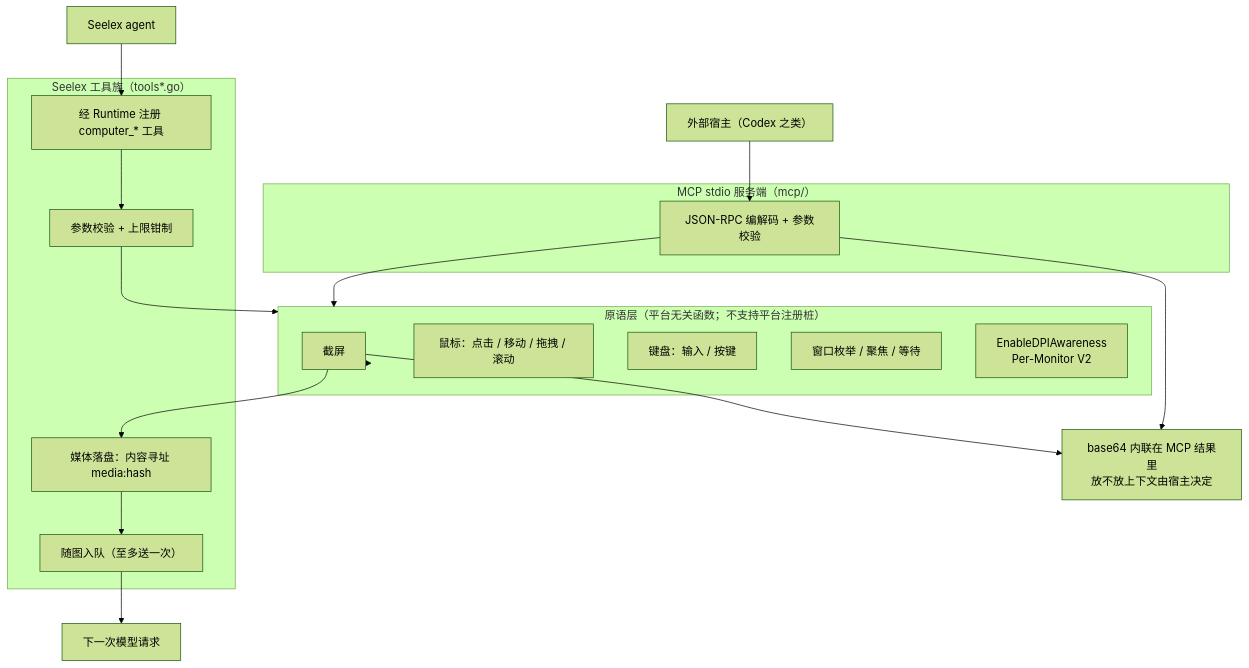
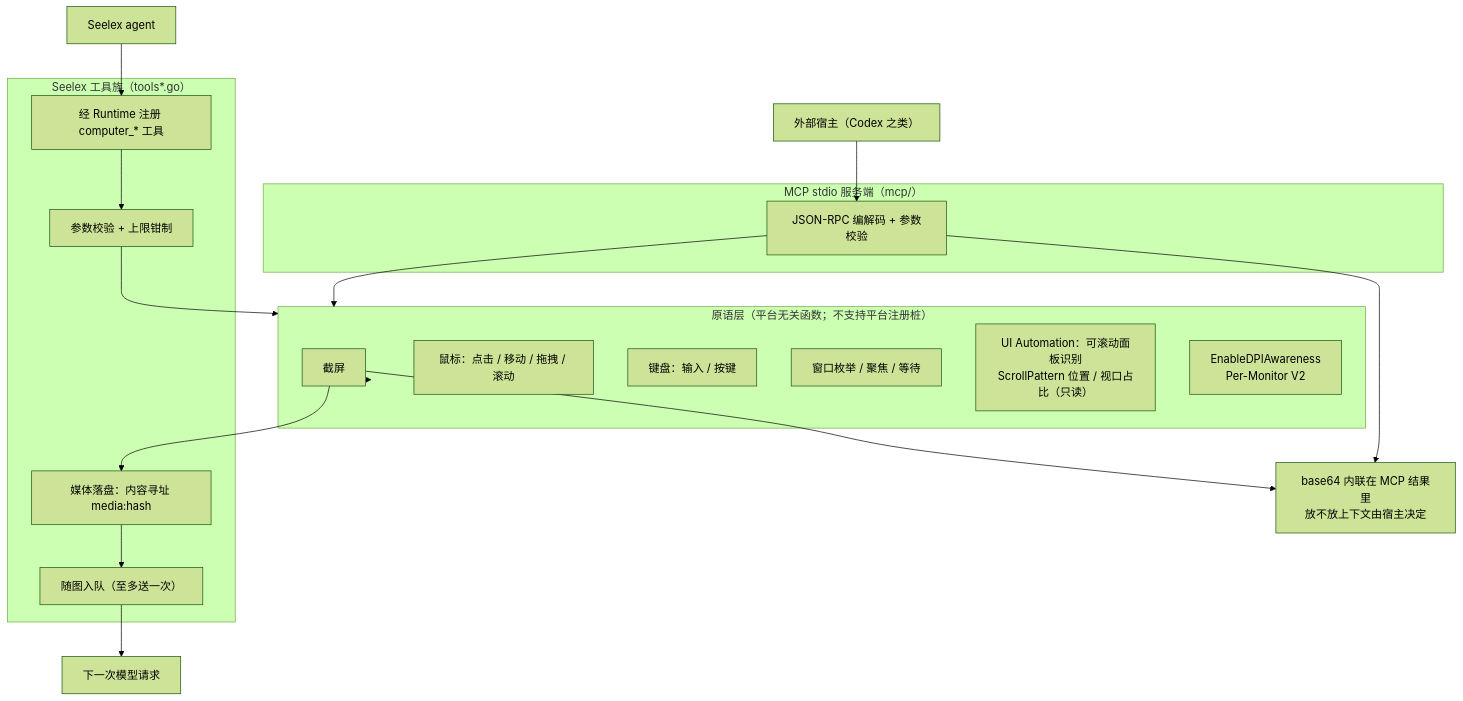
Before and after one commit to RedHuang-0622/seelex: the first of 2 diagrams in seelebridge/tools/computer/README.md, drawn with Mermaid (forest theme). The commit also changed other lines of this file and 25 other files, not shown here.

````diff
--- a/seelebridge/tools/computer/README.md
+++ b/seelebridge/tools/computer/README.md
@@ -16,33 +16,34 @@
 ```mermaid
 flowchart TB
     subgraph PRIM["原语层（平台无关函数；不支持平台注册桩）"]
         SCR["截屏"]
         MOU["鼠标：点击 / 移动 / 拖拽 / 滚动"]
         KEY["键盘：输入 / 按键"]
         WIN["窗口枚举 / 聚焦 / 等待"]
+        UIA["UI Automation：可滚动面板识别<br/>ScrollPattern 位置 / 视口占比（只读）"]
         DPI["EnableDPIAwareness<br/>Per-Monitor V2"]
     end
 
     subgraph MCPFACE["MCP stdio 服务端（mcp/）"]
         RPC["JSON-RPC 编解码 + 参数校验"]
     end
 
     subgraph TOOLFACE["Seelex 工具族（tools*.go）"]
         REG["经 Runtime 注册 computer_* 工具"]
         LIMIT["参数校验 + 上限钳制"]
         MEDIA["媒体落盘：内容寻址 media:hash"]
         QUEUE["随图入队（至多送一次）"]
     end
 
     HOST["外部宿主（Codex 之类）"] --> RPC
     RPC --> PRIM
     AGENT["Seelex agent"] --> REG
     REG --> LIMIT
     LIMIT --> PRIM
     PRIM --> SCR
     SCR --> MEDIA
     MEDIA --> QUEUE
     QUEUE --> NEXT["下一次模型请求"]
     RPC --> BASE64["base64 内联在 MCP 结果里<br/>放不放上下文由宿主决定"]
     SCR --> BASE64
 ```
````
